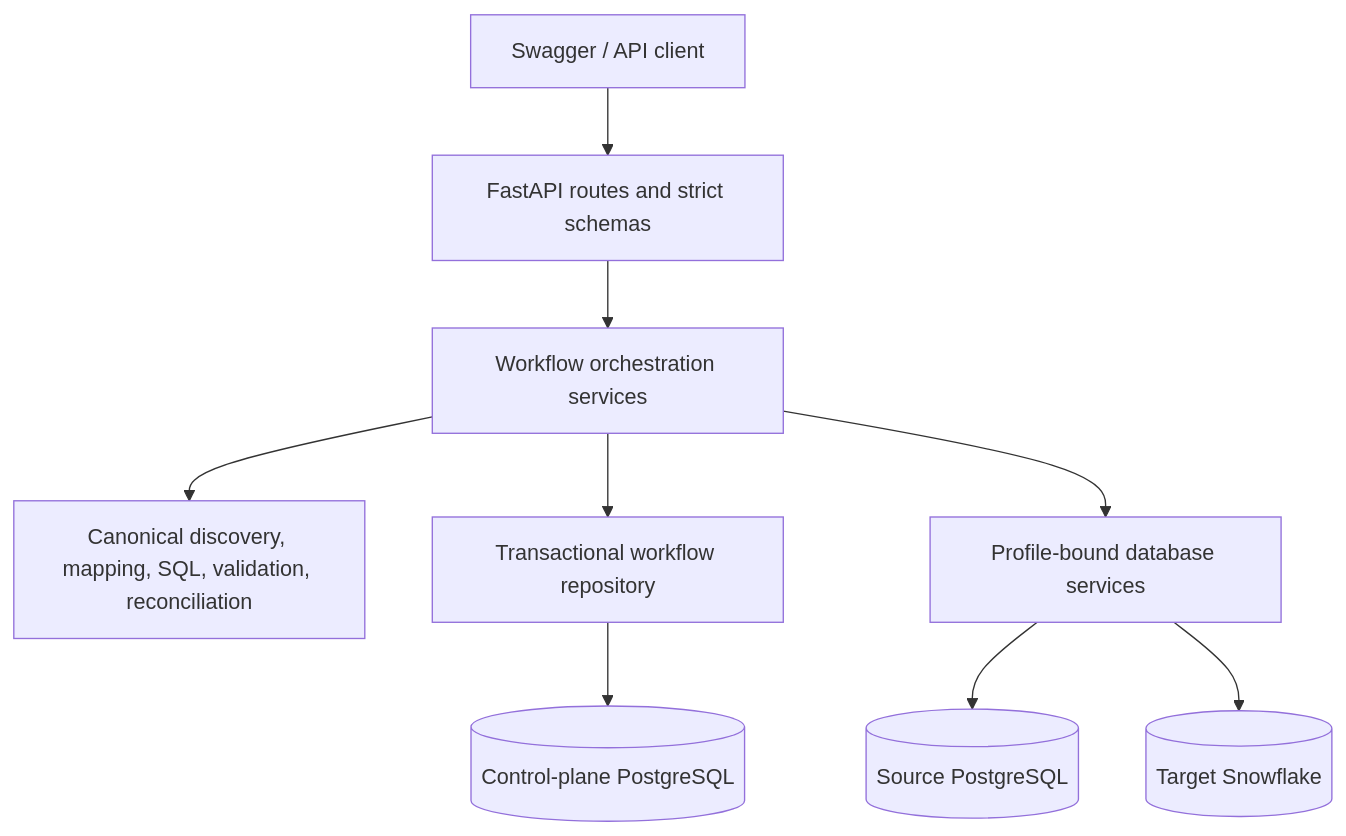
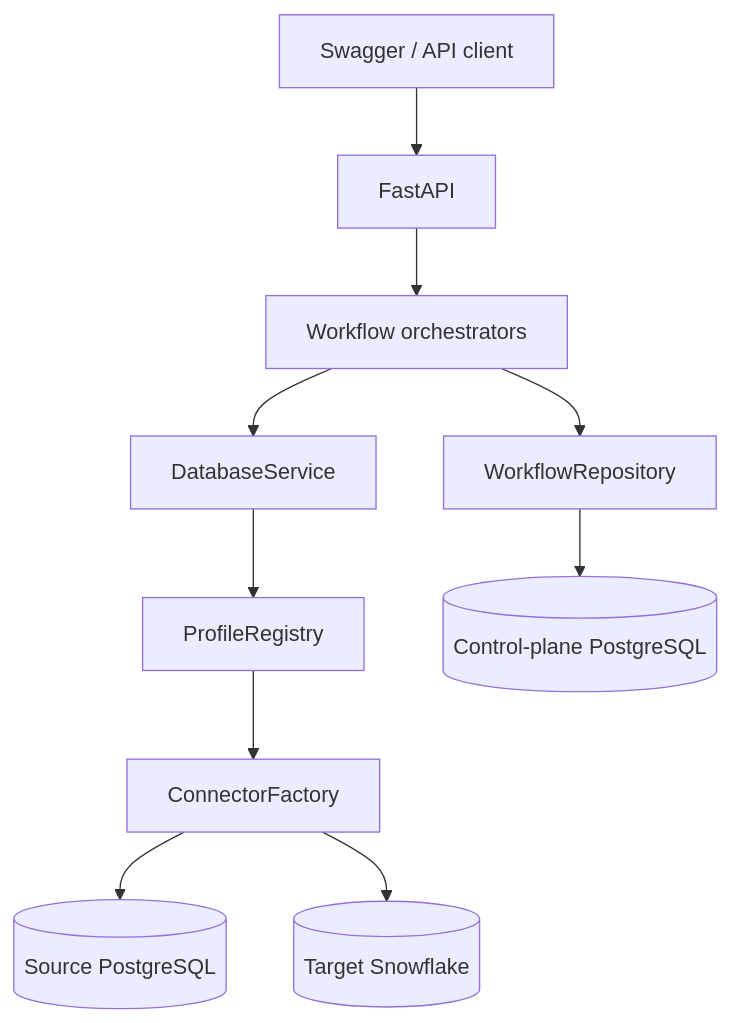
Before and after one commit to ruhannaik0120/schemabridge: the diagram in README.md, drawn with Mermaid. The commit also changed other lines of this file and 40 other files, not shown here.

Commit message:
docs: document SchemaBridge architecture and code flow

````diff
--- a/README.md
+++ b/README.md
@@ -28,11 +16,12 @@
 ```mermaid
 flowchart TB
-    Client["Swagger / API client"] --> API["FastAPI routes and strict schemas"]
-    API --> ORCH["Workflow orchestration services"]
-    ORCH --> DOMAIN["Canonical discovery, mapping, SQL, validation, reconciliation"]
-    ORCH --> REPO["Transactional workflow repository"]
-    REPO --> CP[("Control-plane PostgreSQL")]
-    ORCH --> DB["Profile-bound database services"]
-    DB --> PG[("Source PostgreSQL")]
-    DB --> SF[("Target Snowflake")]
+    Client["Swagger / API client"] --> API["FastAPI"]
+    API --> Orchestrators["Workflow orchestrators"]
+    Orchestrators --> DatabaseService["DatabaseService"]
+    DatabaseService --> Profiles["ProfileRegistry"]
+    Profiles --> Factory["ConnectorFactory"]
+    Factory --> Source[("Source PostgreSQL")]
+    Factory --> Target[("Target Snowflake")]
+    Orchestrators --> Repository["WorkflowRepository"]
+    Repository --> Control[("Control-plane PostgreSQL")]
 ```
````
